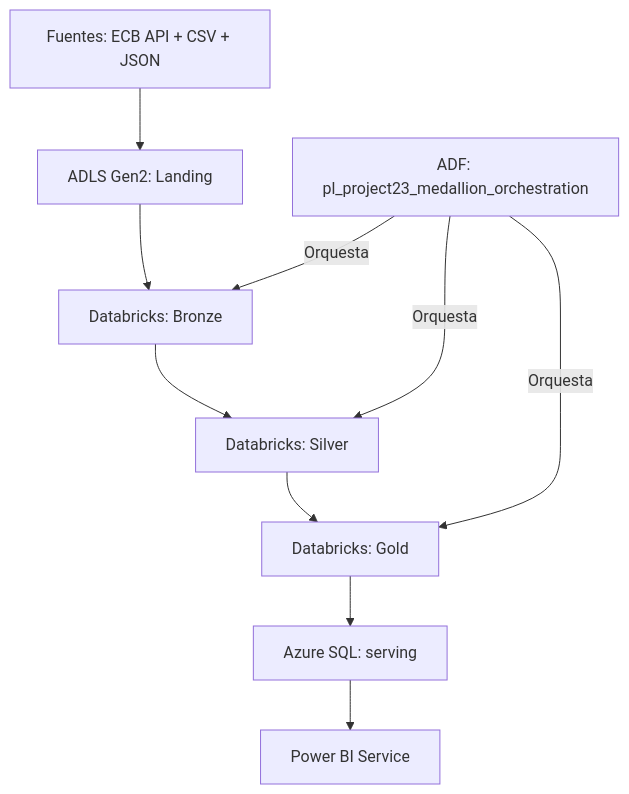
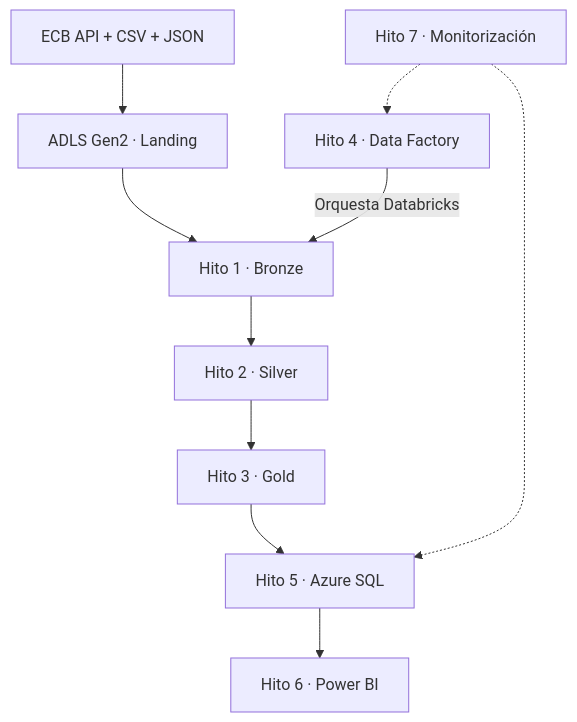
The first of 3 diagrams in 23-azure-adf-databricks-bank-fx/docs/architecture.md (franciscosalaspla/data-engineering-portfolio), drawn with Mermaid before and after one commit. The commit also changed other lines of this file and 7 other files, not shown here.

````diff
--- a/23-azure-adf-databricks-bank-fx/docs/architecture.md
+++ b/23-azure-adf-databricks-bank-fx/docs/architecture.md
@@ -9,12 +7,12 @@
 ```mermaid
 flowchart TD
-    S["Fuentes: ECB API + CSV + JSON"] --> L["ADLS Gen2: Landing"]
-    L --> B["Databricks: Bronze"]
-    B --> SI["Databricks: Silver"]
-    SI --> G["Databricks: Gold"]
-    G --> SQL["Azure SQL: serving"]
-    SQL --> BI["Power BI Service"]
-    ADF["ADF: pl_project23_medallion_orchestration"] -->|"Orquesta"| B
-    ADF -->|"Orquesta"| SI
-    ADF -->|"Orquesta"| G
+    SRC["ECB API + CSV + JSON"] --> LAND["ADLS Gen2 · Landing"]
+    LAND --> B["Hito 1 · Bronze"]
+    B --> S["Hito 2 · Silver"]
+    S --> G["Hito 3 · Gold"]
+    ADF["Hito 4 · Data Factory"] -->|"Orquesta Databricks"| B
+    G --> SQL["Hito 5 · Azure SQL"]
+    SQL --> BI["Hito 6 · Power BI"]
+    MON["Hito 7 · Monitorización"] -.-> ADF
+    MON -.-> SQL
 ```
````
